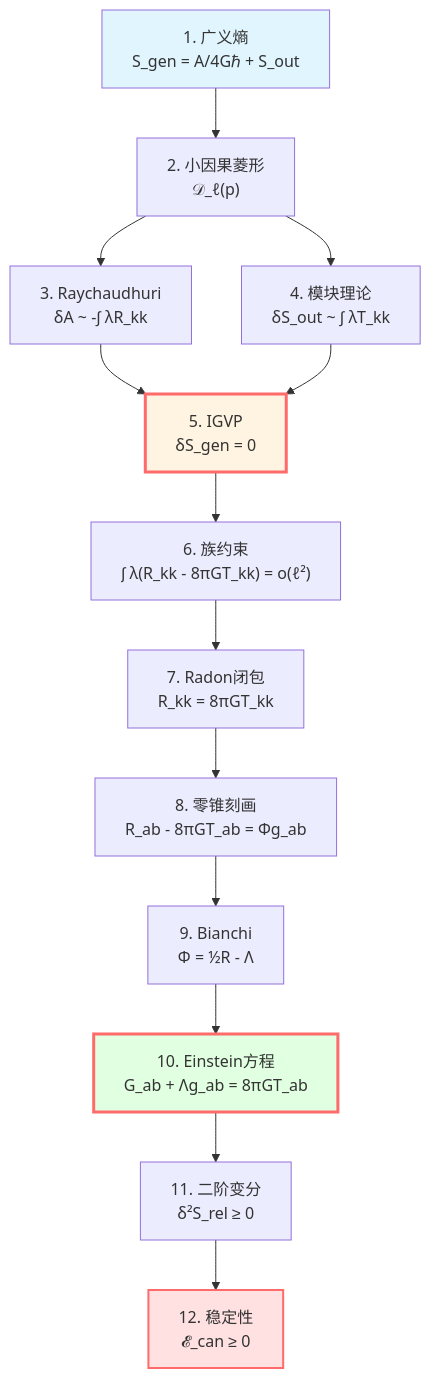
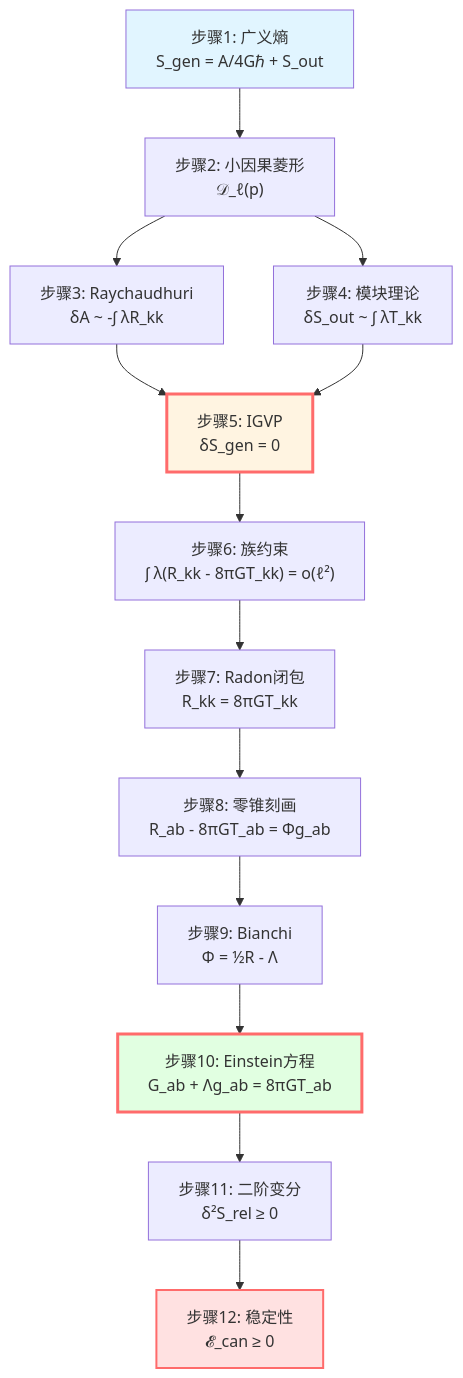
Before and after one commit to loning/zeckendorf-hilbert: the first of 3 diagrams in docs/euler-article/gls-union/04-igvp-framework/06-igvp-summary.md, drawn with Mermaid. The commit also changed 26 other files, not shown here.

````diff
--- a/docs/euler-article/gls-union/04-igvp-framework/06-igvp-summary.md
+++ b/docs/euler-article/gls-union/04-igvp-framework/06-igvp-summary.md
@@ -114,29 +114,29 @@
 ```mermaid
 graph TB
-    S1["1. 广义熵<br/>S_gen = A/4Gℏ + S_out"] --> S2["2. 小因果菱形<br/>𝒟_ℓ(p)"]
+    S1["步骤1: 广义熵<br/>S_gen = A/4Gℏ + S_out"] --> S2["步骤2: 小因果菱形<br/>𝒟_ℓ(p)"]
 
-    S2 --> S3["3. Raychaudhuri<br/>δA ~ -∫ λR_kk"]
-    S2 --> S4["4. 模块理论<br/>δS_out ~ ∫ λT_kk"]
+    S2 --> S3["步骤3: Raychaudhuri<br/>δA ~ -∫ λR_kk"]
+    S2 --> S4["步骤4: 模块理论<br/>δS_out ~ ∫ λT_kk"]
 
-    S3 --> S5["5. IGVP<br/>δS_gen = 0"]
+    S3 --> S5["步骤5: IGVP<br/>δS_gen = 0"]
     S4 --> S5
 
-    S5 --> S6["6. 族约束<br/>∫ λ(R_kk - 8πGT_kk) = o(ℓ²)"]
+    S5 --> S6["步骤6: 族约束<br/>∫ λ(R_kk - 8πGT_kk) = o(ℓ²)"]
 
-    S6 --> S7["7. Radon闭包<br/>R_kk = 8πGT_kk"]
+    S6 --> S7["步骤7: Radon闭包<br/>R_kk = 8πGT_kk"]
 
-    S7 --> S8["8. 零锥刻画<br/>R_ab - 8πGT_ab = Φg_ab"]
+    S7 --> S8["步骤8: 零锥刻画<br/>R_ab - 8πGT_ab = Φg_ab"]
 
-    S8 --> S9["9. Bianchi<br/>Φ = ½R - Λ"]
+    S8 --> S9["步骤9: Bianchi<br/>Φ = ½R - Λ"]
 
-    S9 --> S10["10. Einstein方程<br/>G_ab + Λg_ab = 8πGT_ab"]
+    S9 --> S10["步骤10: Einstein方程<br/>G_ab + Λg_ab = 8πGT_ab"]
 
-    S10 --> S11["11. 二阶变分<br/>δ²S_rel ≥ 0"]
+    S10 --> S11["步骤11: 二阶变分<br/>δ²S_rel ≥ 0"]
 
-    S11 --> S12["12. 稳定性<br/>𝓔_can ≥ 0"]
+    S11 --> S12["步骤12: 稳定性<br/>𝓔_can ≥ 0"]
 
     style S1 fill:#e1f5ff
     style S5 fill:#fff4e1,stroke:#ff6b6b,stroke-width:3px
     style S10 fill:#e1ffe1,stroke:#ff6b6b,stroke-width:3px
     style S12 fill:#ffe1e1,stroke:#ff6b6b,stroke-width:2px
 ```
````
